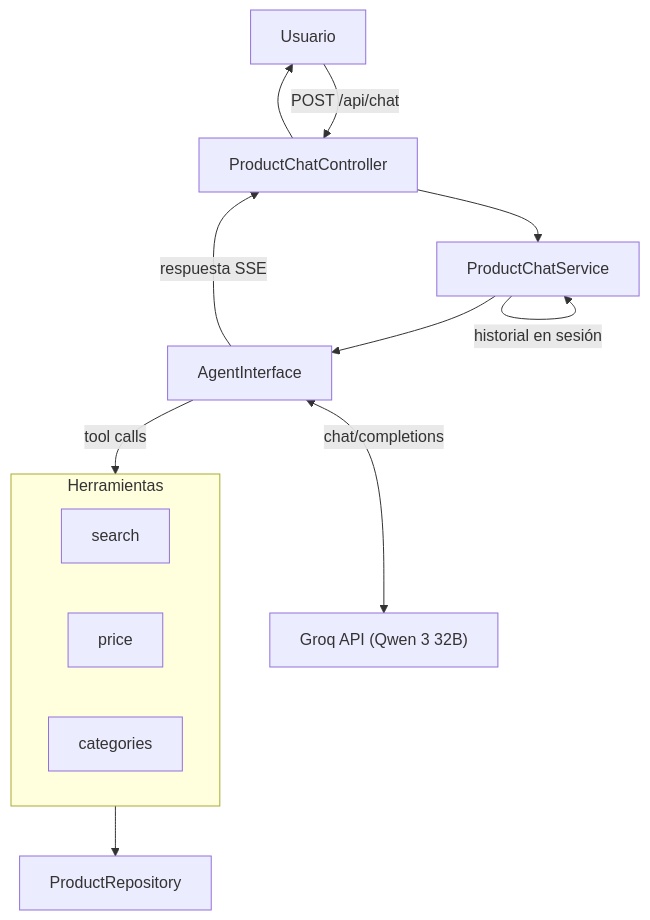
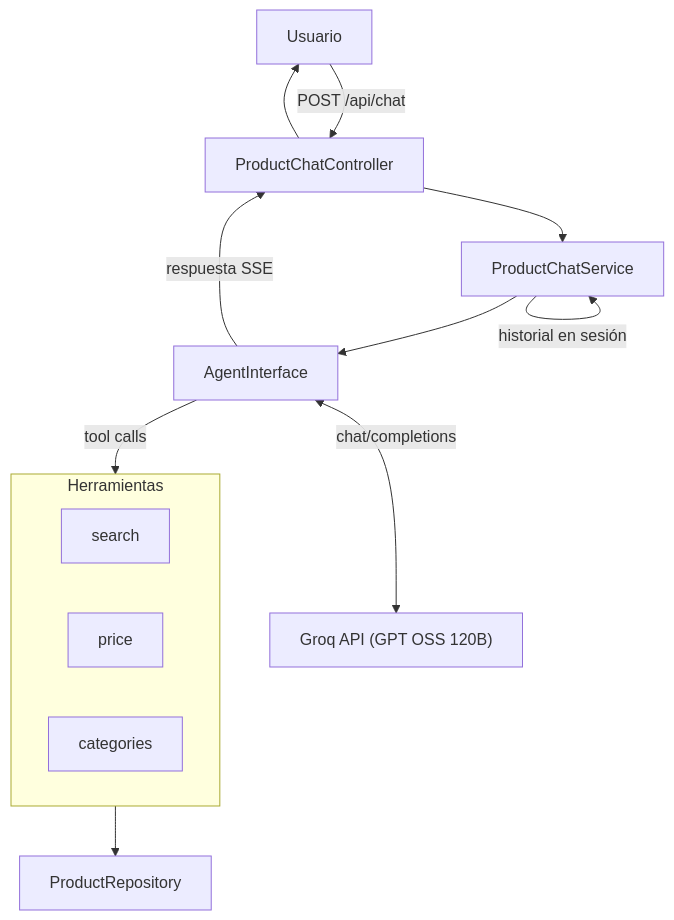
One commit to jure-ve/symfony-ai-product-agent changed the diagram in README.md. Above: the diagram before and after it, drawn with Mermaid. The commit also changed other lines of this file and 5 other files, not shown here.

Commit message:
chore: upgrade to Symfony AI v0.12 and update model to GPT OSS 120B

````diff
--- a/README.md
+++ b/README.md
@@ -89,18 +90,18 @@
 ```mermaid
 flowchart TD
     A[Usuario] -->|POST /api/chat| B[ProductChatController]
     B --> C[ProductChatService]
     C -->|historial en sesión| C
     C --> D[AgentInterface]
-    D <-->|chat/completions| E["Groq API (Qwen 3 32B)"]
+    D <-->|chat/completions| E["Groq API (GPT OSS 120B)"]
     D -->|tool calls| Tools
 
     subgraph Tools [Herramientas]
         T1[search]
         T2[price]
         T3[categories]
     end
 
     Tools --> R[ProductRepository]
     D -->|respuesta SSE| B --> A
 ```
````
